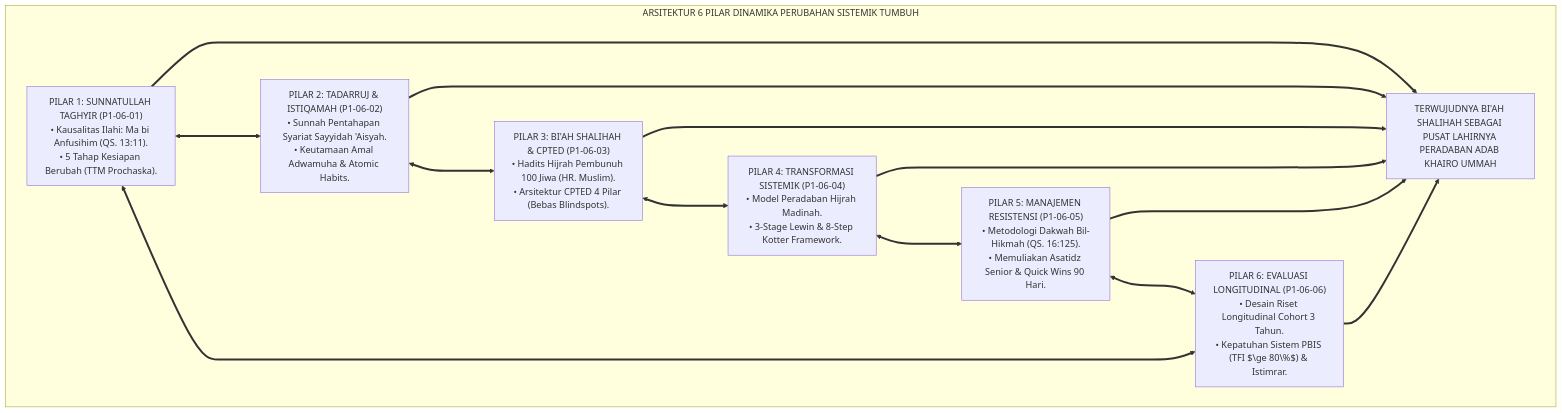
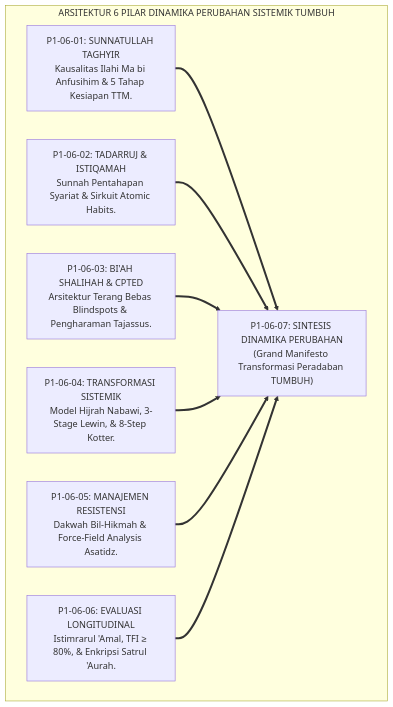
One commit to wandiapriliyandi/tumbuh changed the first of 4 diagrams in 01 Philosophy/06 Change/P1-06-07-Sintesis-Dinamika-Perubahan-TUMBUH.md. Above: the diagram before and after it, drawn with Mermaid. The commit also changed other lines of this file and 7 other files, not shown here.

````diff
--- a/01 Philosophy/06 Change/P1-06-07-Sintesis-Dinamika-Perubahan-TUMBUH.md
+++ b/01 Philosophy/06 Change/P1-06-07-Sintesis-Dinamika-Perubahan-TUMBUH.md
@@ -55,27 +55,15 @@
 ```mermaid
 flowchart TD
-    subgraph ArsitekturDinamikaPerubahanTUMBUH["ARSITEKTUR 6 PILAR DINAMIKA PERUBAHAN SISTEMIK TUMBUH"]
-        P1["PILAR 1: SUNNATULLAH TAGHYIR (P1-06-01)<br/>• Kausalitas Ilahi: Ma bi Anfusihim (QS. 13:11).<br/>• 5 Tahap Kesiapan Berubah (TTM Prochaska)."]
+    subgraph ArsitekturSintesisChange["ARSITEKTUR 6 PILAR DINAMIKA PERUBAHAN SISTEMIK TUMBUH"]
+        P1["P1-06-01: SUNNATULLAH TAGHYIR<br/>Kausalitas Ilahi Ma bi Anfusihim & 5 Tahap Kesiapan TTM."]
+        P2["P1-06-02: TADARRUJ & ISTIQAMAH<br/>Sunnah Pentahapan Syariat & Sirkuit Atomic Habits."]
+        P3["P1-06-03: BI'AH SHALIHAH & CPTED<br/>Arsitektur Terang Bebas Blindspots & Pengharaman Tajassus."]
+        P4["P1-06-04: TRANSFORMASI SISTEMIK<br/>Model Hijrah Nabawi, 3-Stage Lewin, & 8-Step Kotter."]
+        P5["P1-06-05: MANAJEMEN RESISTENSI<br/>Dakwah Bil-Hikmah & Force-Field Analysis Asatidz."]
+        P6["P1-06-06: EVALUASI LONGITUDINAL<br/>Istimrarul 'Amal, TFI ≥ 80%, & Enkripsi Satrul 'Aurah."]
         
-        P2["PILAR 2: TADARRUJ & ISTIQAMAH (P1-06-02)<br/>• Sunnah Pentahapan Syariat Sayyidah 'Aisyah.<br/>• Keutamaan Amal Adwamuha & Atomic Habits."]
+        SintesisIndukChange["P1-06-07: SINTESIS DINAMIKA PERUBAHAN<br/>(Grand Manifesto Transformasi Peradaban TUMBUH)"]
         
-        P3["PILAR 3: BI'AH SHALIHAH & CPTED (P1-06-03)<br/>• Hadits Hijrah Pembunuh 100 Jiwa (HR. Muslim).<br/>• Arsitektur CPTED 4 Pilar (Bebas Blindspots)."]
-        
-        P4["PILAR 4: TRANSFORMASI SISTEMIK (P1-06-04)<br/>• Model Peradaban Hijrah Madinah.<br/>• 3-Stage Lewin & 8-Step Kotter Framework."]
-        
-        P5["PILAR 5: MANAJEMEN RESISTENSI (P1-06-05)<br/>• Metodologi Dakwah Bil-Hikmah (QS. 16:125).<br/>• Memuliakan Asatidz Senior & Quick Wins 90 Hari."]
-        
-        P6["PILAR 6: EVALUASI LONGITUDINAL (P1-06-06)<br/>• Desain Riset Longitudinal Cohort 3 Tahun.<br/>• Kepatuhan Sistem PBIS (TFI $\ge 80\%$) & Istimrar."]
-        
-        P1 <===> P2
-        P2 <===> P3
-        P3 <===> P4
-        P4 <===> P5
-        P5 <===> P6
-        P6 <===> P1
-        
-        Pusat["TERWUJUDNYA BI'AH SHALIHAH SEBAGAI PUSAT LAHIRNYA PERADABAN ADAB KHAIRO UMMAH"]
-        
-        P1 & P2 & P3 & P4 & P5 & P6 ==> Pusat
+        P1 & P2 & P3 & P4 & P5 & P6 ==> SintesisIndukChange
     end
 ```
````
